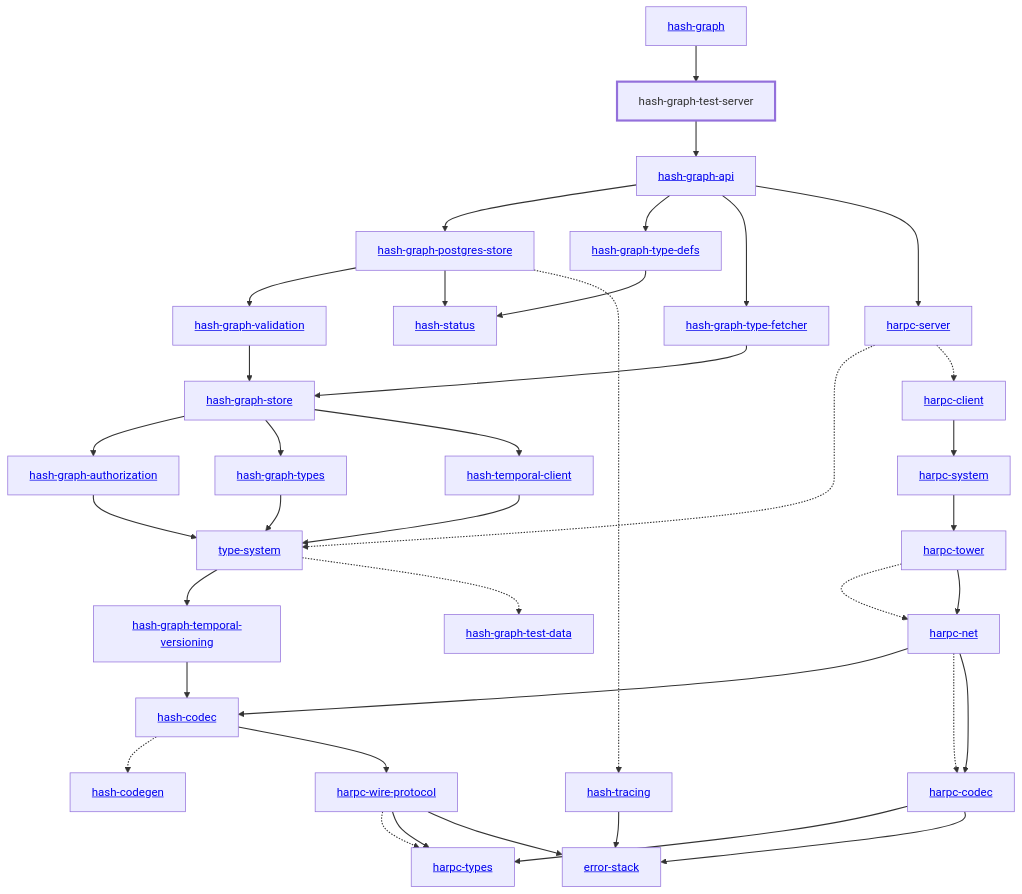
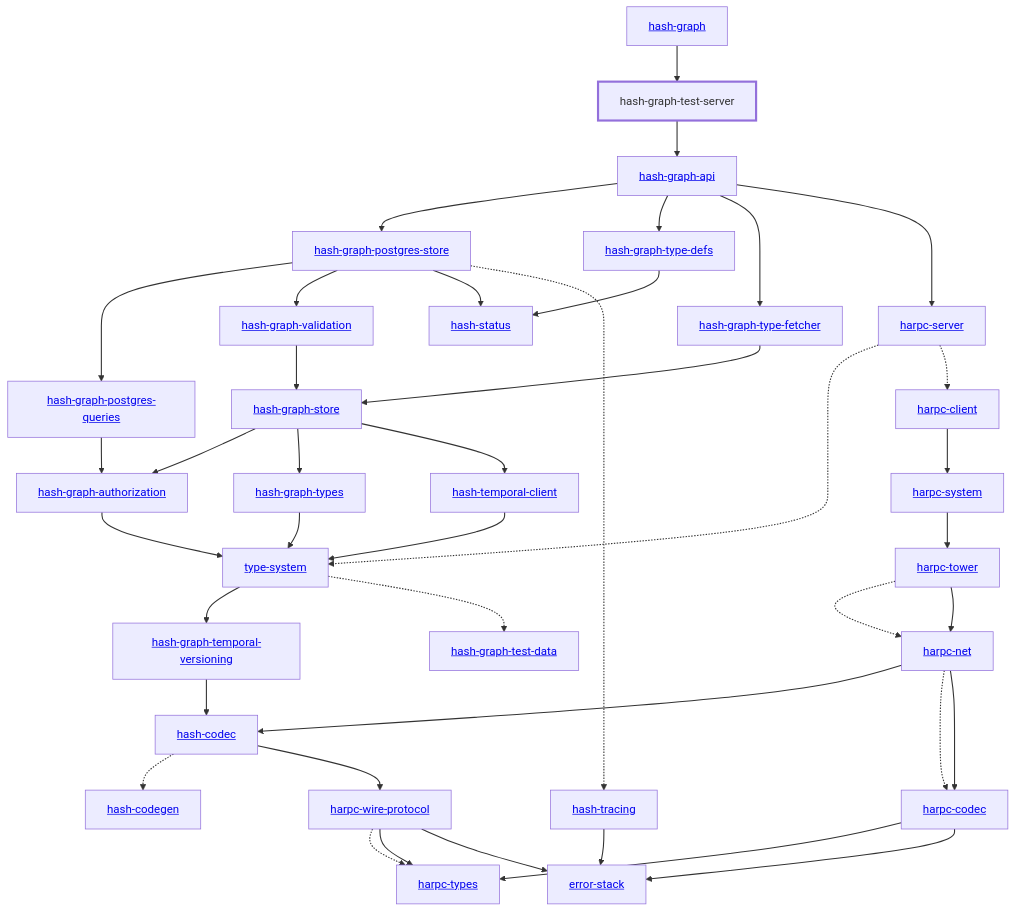
One commit to hashintel/hash changed the diagram in libs/@local/graph/test-server/docs/dependency-diagram.mmd. Above: the diagram before and after it, drawn with Mermaid. The commit also changed 45 other files, not shown here.

```diff
--- a/libs/@local/graph/test-server/docs/dependency-diagram.mmd
+++ b/libs/@local/graph/test-server/docs/dependency-diagram.mmd
@@ -1,76 +1,79 @@
 graph TD
     linkStyle default stroke-width:1.5px
     classDef default stroke-width:1px
     classDef root stroke-width:3px
     classDef dev stroke-width:1px
     classDef build stroke-width:1px
     %% Legend
     %% --> : Normal dependency
     %% -.-> : Dev dependency
     %% ---> : Build dependency
     0[<a href="../hash_graph">hash-graph</a>]
     1[<a href="../type_system">type-system</a>]
     2[<a href="../hash_codec">hash-codec</a>]
     3[<a href="../hash_codegen">hash-codegen</a>]
     4[<a href="../hash_graph_api">hash-graph-api</a>]
     5[<a href="../hash_graph_authorization">hash-graph-authorization</a>]
-    6[<a href="../hash_graph_postgres_store">hash-graph-postgres-store</a>]
-    7[<a href="../hash_graph_store">hash-graph-store</a>]
-    8[<a href="../hash_graph_temporal_versioning">hash-graph-temporal-versioning</a>]
-    9[hash-graph-test-server]
-    class 9 root
-    10[<a href="../hash_graph_type_defs">hash-graph-type-defs</a>]
-    11[<a href="../hash_graph_type_fetcher">hash-graph-type-fetcher</a>]
-    12[<a href="../hash_graph_types">hash-graph-types</a>]
-    13[<a href="../hash_graph_validation">hash-graph-validation</a>]
-    14[<a href="../harpc_client">harpc-client</a>]
-    15[<a href="../harpc_codec">harpc-codec</a>]
-    16[<a href="../harpc_net">harpc-net</a>]
-    17[<a href="../harpc_server">harpc-server</a>]
-    18[<a href="../harpc_system">harpc-system</a>]
-    19[<a href="../harpc_tower">harpc-tower</a>]
-    20[<a href="../harpc_types">harpc-types</a>]
-    21[<a href="../harpc_wire_protocol">harpc-wire-protocol</a>]
-    22[<a href="../hash_status">hash-status</a>]
-    23[<a href="../hash_temporal_client">hash-temporal-client</a>]
-    24[<a href="../hash_tracing">hash-tracing</a>]
-    25[<a href="../error_stack">error-stack</a>]
-    26[<a href="../hash_graph_test_data">hash-graph-test-data</a>]
-    0 --> 9
-    1 --> 8
-    1 -.-> 26
+    6[<a href="../hash_graph_postgres_queries">hash-graph-postgres-queries</a>]
+    7[<a href="../hash_graph_postgres_store">hash-graph-postgres-store</a>]
+    8[<a href="../hash_graph_store">hash-graph-store</a>]
+    9[<a href="../hash_graph_temporal_versioning">hash-graph-temporal-versioning</a>]
+    10[hash-graph-test-server]
+    class 10 root
+    11[<a href="../hash_graph_type_defs">hash-graph-type-defs</a>]
+    12[<a href="../hash_graph_type_fetcher">hash-graph-type-fetcher</a>]
+    13[<a href="../hash_graph_types">hash-graph-types</a>]
+    14[<a href="../hash_graph_validation">hash-graph-validation</a>]
+    15[<a href="../harpc_client">harpc-client</a>]
+    16[<a href="../harpc_codec">harpc-codec</a>]
+    17[<a href="../harpc_net">harpc-net</a>]
+    18[<a href="../harpc_server">harpc-server</a>]
+    19[<a href="../harpc_system">harpc-system</a>]
+    20[<a href="../harpc_tower">harpc-tower</a>]
+    21[<a href="../harpc_types">harpc-types</a>]
+    22[<a href="../harpc_wire_protocol">harpc-wire-protocol</a>]
+    23[<a href="../hash_status">hash-status</a>]
+    24[<a href="../hash_temporal_client">hash-temporal-client</a>]
+    25[<a href="../hash_tracing">hash-tracing</a>]
+    26[<a href="../error_stack">error-stack</a>]
+    27[<a href="../hash_graph_test_data">hash-graph-test-data</a>]
+    0 --> 10
+    1 --> 9
+    1 -.-> 27
     2 -.-> 3
-    2 --> 21
-    4 --> 6
-    4 --> 10
+    2 --> 22
+    4 --> 7
     4 --> 11
-    4 --> 17
+    4 --> 12
+    4 --> 18
     5 --> 1
-    6 --> 13
-    6 --> 22
-    6 -.-> 24
-    7 --> 5
-    7 --> 12
+    6 --> 5
+    7 --> 6
+    7 --> 14
     7 --> 23
-    8 --> 2
-    9 --> 4
-    10 --> 22
-    11 --> 7
-    12 --> 1
-    13 --> 7
-    14 --> 18
-    15 --> 20
-    15 --> 25
-    16 --> 2
-    16 -.-> 15
-    16 --> 15
-    17 -.-> 1
-    17 -.-> 14
-    18 --> 19
-    19 -.-> 16
-    19 --> 16
-    21 -.-> 20
-    21 --> 20
-    21 --> 25
-    23 --> 1
-    24 --> 25
+    7 -.-> 25
+    8 --> 5
+    8 --> 13
+    8 --> 24
+    9 --> 2
+    10 --> 4
+    11 --> 23
+    12 --> 8
+    13 --> 1
+    14 --> 8
+    15 --> 19
+    16 --> 21
+    16 --> 26
+    17 --> 2
+    17 -.-> 16
+    17 --> 16
+    18 -.-> 1
+    18 -.-> 15
+    19 --> 20
+    20 -.-> 17
+    20 --> 17
+    22 -.-> 21
+    22 --> 21
+    22 --> 26
+    24 --> 1
+    25 --> 26
```
